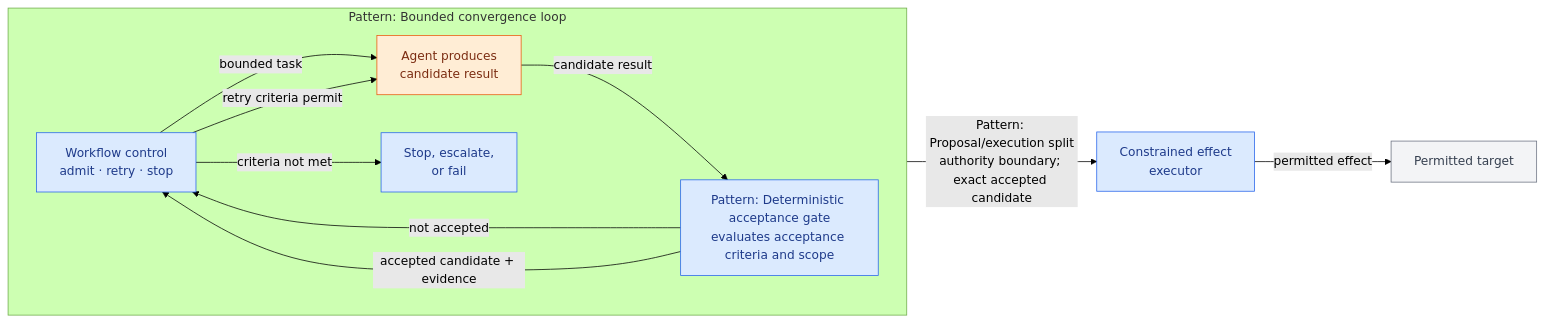
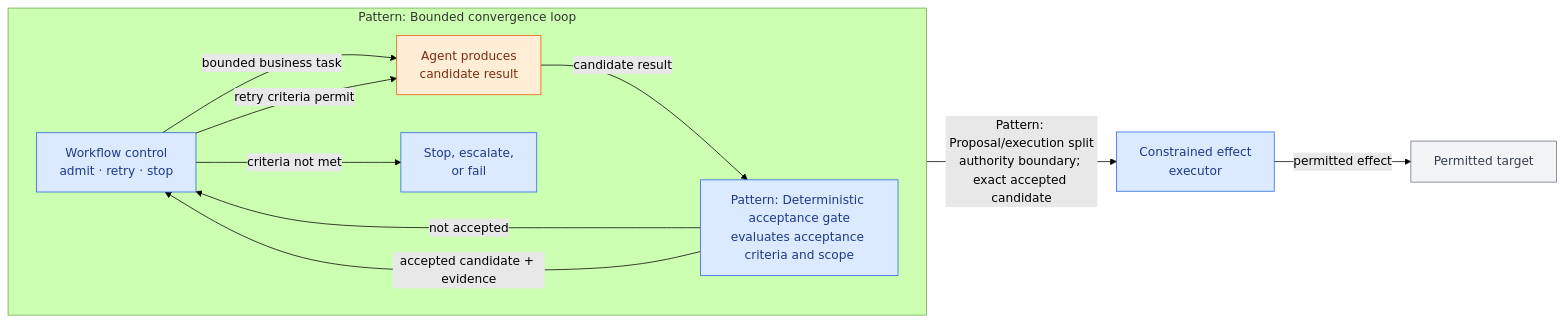
One commit to aaif/wg-workflows-and-process-integration changed the second of 3 diagrams in workstreams/reference-architectures/architectures/bounded-autonomous-remediation.md. Above: the diagram before and after it, drawn with Mermaid (forest theme). The commit also changed other lines of this file and 2 other files, not shown here.

First line of the commit message:
[RA] Clarify business task terminology in bounded remediation (#49)

````diff
--- a/workstreams/reference-architectures/architectures/bounded-autonomous-remediation.md
+++ b/workstreams/reference-architectures/architectures/bounded-autonomous-remediation.md
@@ -109,29 +113,29 @@
 ```mermaid
 flowchart LR
     subgraph L["Pattern: Bounded convergence loop"]
         direction LR
         C["Workflow control<br/>admit · retry · stop"]
         A["Agent produces<br/>candidate result"]
         G["Pattern: Deterministic acceptance gate<br/>evaluates acceptance criteria and scope"]
 
-        C -->|"bounded task"| A
+        C -->|"bounded business task"| A
         A -->|"candidate result"| G
         G -->|"not accepted"| C
         C -->|"retry criteria permit"| A
         C -->|"criteria not met"| S["Stop, escalate,<br/>or fail"]
         G -->|"accepted candidate + evidence"| C
     end
 
     X["Constrained effect<br/>executor"]
     T["Permitted target"]
 
     C -->|"Pattern: Proposal/execution split<br/>authority boundary; exact accepted candidate"| X
     X -->|"permitted effect"| T
 
     class C,G,S,X workflow
     class A agent
     class T external
     classDef workflow fill:#dbeafe,stroke:#2563eb,color:#1e3a8a
     classDef agent fill:#ffedd5,stroke:#ea580c,color:#7c2d12
     classDef external fill:#f3f4f6,stroke:#6b7280,color:#374151
 ```
````
